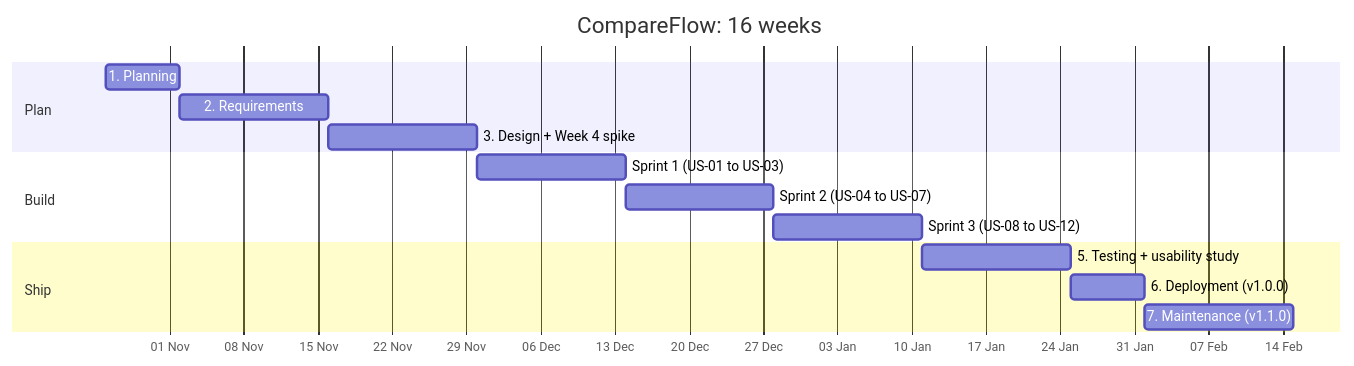
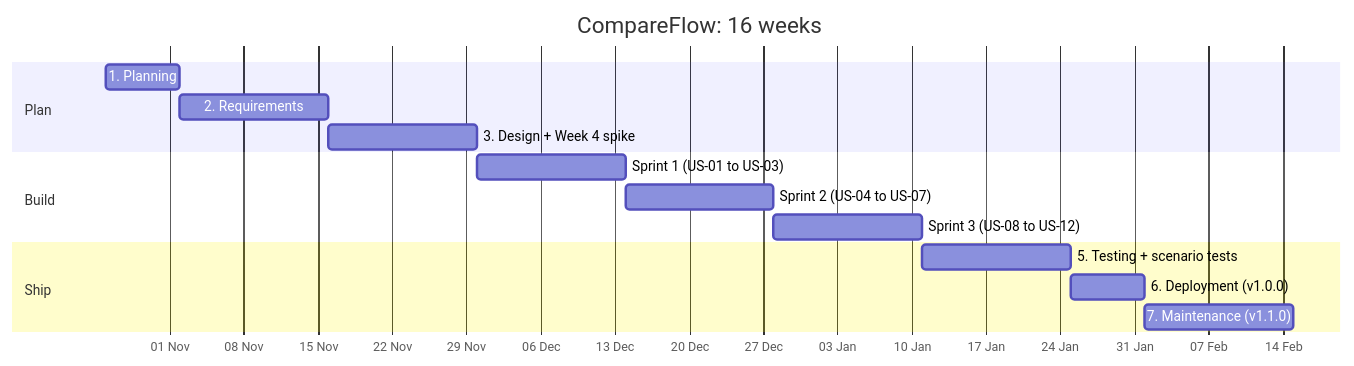
Before and after one commit to EthanYap123/compareflow: the diagram in docs/planning/project-plan.md, drawn with Mermaid. The commit also changed other lines of this file and 4 other files, not shown here.

First line of the commit message:
docs: replace tester goals with scenario tests (#3)

````diff
--- a/docs/planning/project-plan.md
+++ b/docs/planning/project-plan.md
@@ -79,18 +81,18 @@
 ```mermaid
 gantt
     title CompareFlow: 16 weeks
     dateFormat YYYY-MM-DD
     axisFormat %d %b
     section Plan
     1. Planning                 :p1, 2026-10-26, 7d
     2. Requirements             :p2, after p1, 14d
     3. Design + Week 4 spike    :p3, after p2, 14d
     section Build
     Sprint 1 (US-01 to US-03)   :s1, after p3, 14d
     Sprint 2 (US-04 to US-07)   :s2, after s1, 14d
     Sprint 3 (US-08 to US-12)   :s3, after s2, 14d
     section Ship
-    5. Testing + usability study :t, after s3, 14d
+    5. Testing + scenario tests  :t, after s3, 14d
     6. Deployment (v1.0.0)       :d, after t, 7d
     7. Maintenance (v1.1.0)      :m, after d, 14d
 ```
````
